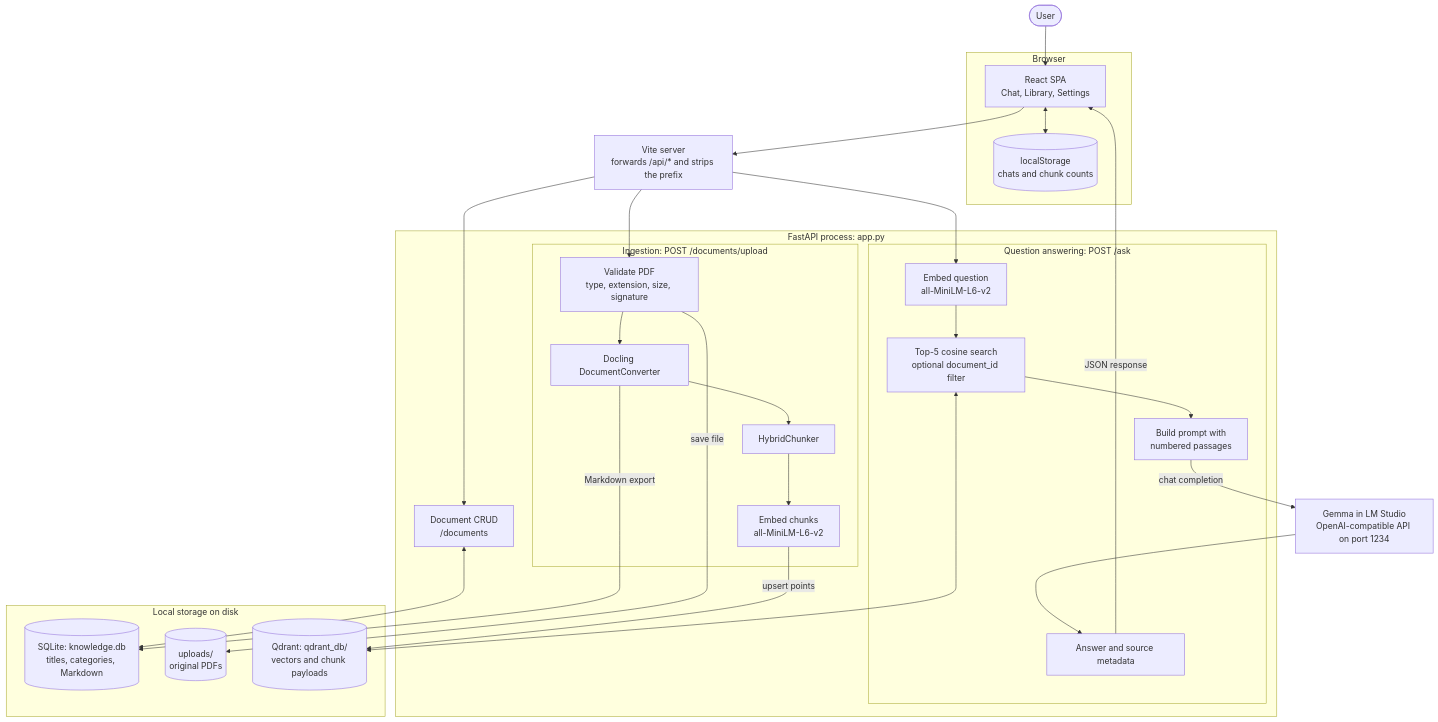
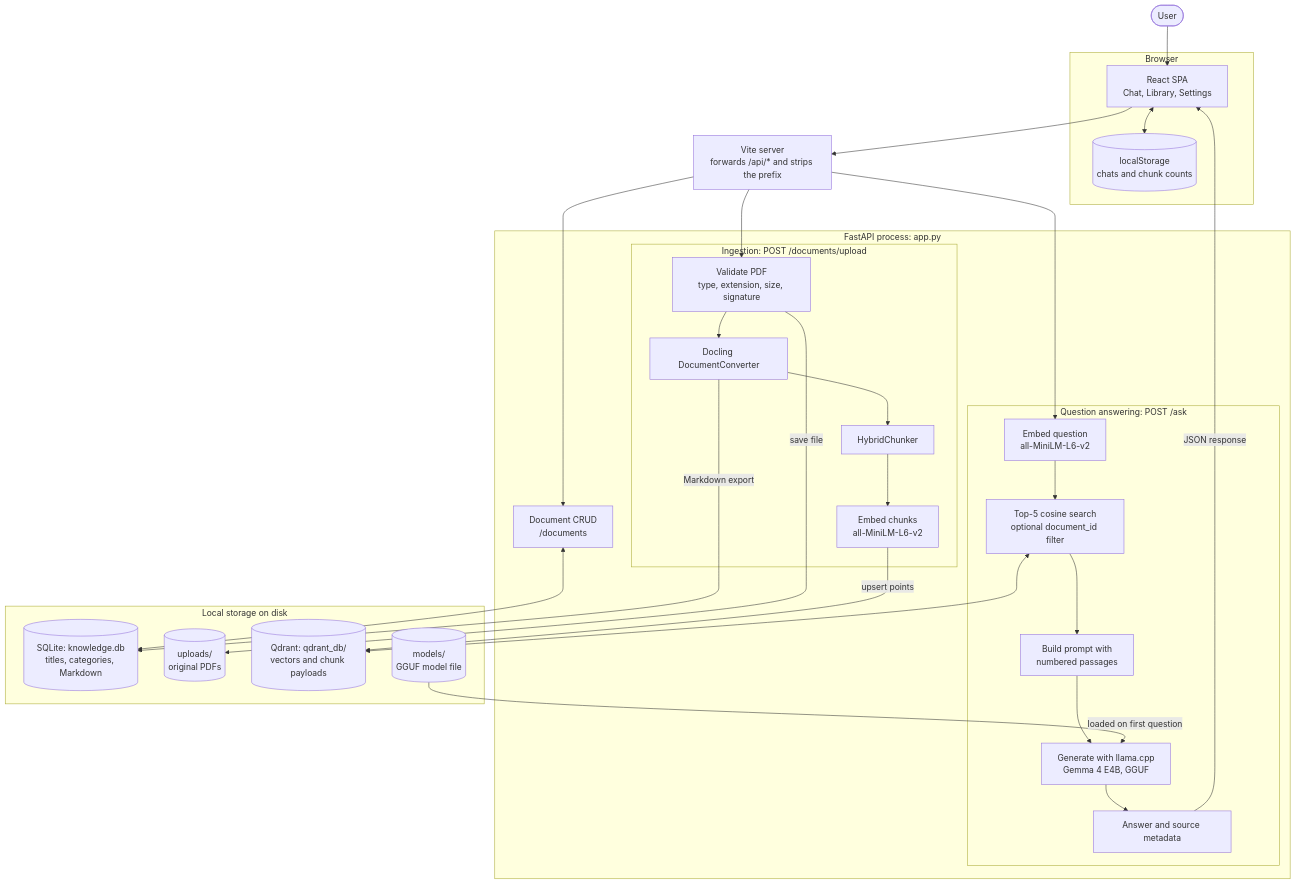
The diagram in README.md (YoussefIEissa/ai-knowledge-base), drawn with Mermaid before and after one commit. The commit also changed other lines of this file and 15 other files, not shown here.

Commit message:
feat: run the language model in-process with llama.cpp

````diff
--- a/README.md
+++ b/README.md
@@ -113,55 +118,54 @@
 ```mermaid
 flowchart TD
     user([User])
 
     subgraph browser["Browser"]
         ui["React SPA<br/>Chat, Library, Settings"]
         ls[("localStorage<br/>chats and chunk counts")]
     end
 
     proxy["Vite server<br/>forwards /api/* and strips the prefix"]
 
     subgraph backend["FastAPI process: app.py"]
         crud["Document CRUD<br/>/documents"]
 
         subgraph ingest["Ingestion: POST /documents/upload"]
             validate["Validate PDF<br/>type, extension, size, signature"]
             convert["Docling DocumentConverter"]
             chunk["HybridChunker"]
             embedDocs["Embed chunks<br/>all-MiniLM-L6-v2"]
             validate --> convert --> chunk --> embedDocs
         end
 
         subgraph answer["Question answering: POST /ask"]
             embedQ["Embed question<br/>all-MiniLM-L6-v2"]
             search["Top-5 cosine search<br/>optional document_id filter"]
             prompt["Build prompt with<br/>numbered passages"]
+            generate["Generate with llama.cpp<br/>Gemma 4 E4B, GGUF"]
             respond["Answer and source metadata"]
-            embedQ --> search --> prompt
+            embedQ --> search --> prompt --> generate --> respond
         end
     end
 
     subgraph storage["Local storage on disk"]
         sqlite[("SQLite: knowledge.db<br/>titles, categories, Markdown")]
         files[("uploads/<br/>original PDFs")]
         qdrant[("Qdrant: qdrant_db/<br/>vectors and chunk payloads")]
+        weights[("models/<br/>GGUF model file")]
     end
-
-    llm["Gemma in LM Studio<br/>OpenAI-compatible API on port 1234"]
 
     user --> ui
     ui <--> ls
     ui --> proxy
     proxy --> crud
     proxy --> validate
     proxy --> embedQ
 
     crud <--> sqlite
     validate -- "save file" --> files
     convert -- "Markdown export" --> sqlite
     embedDocs -- "upsert points" --> qdrant
     search <--> qdrant
-    prompt -- "chat completion" --> llm
-    llm --> respond
+    weights -- "loaded on first question" --> generate
     respond -- "JSON response" --> ui
 ```
````
